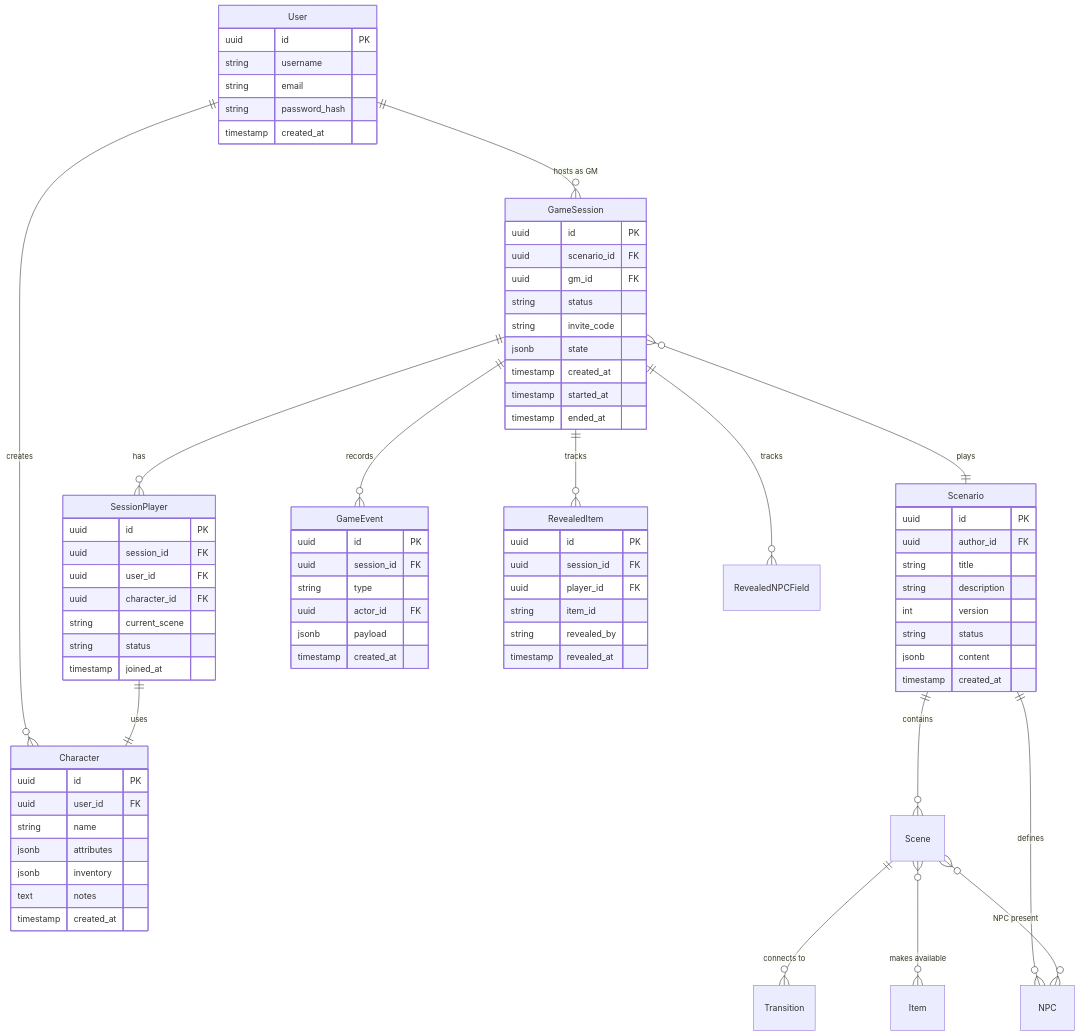
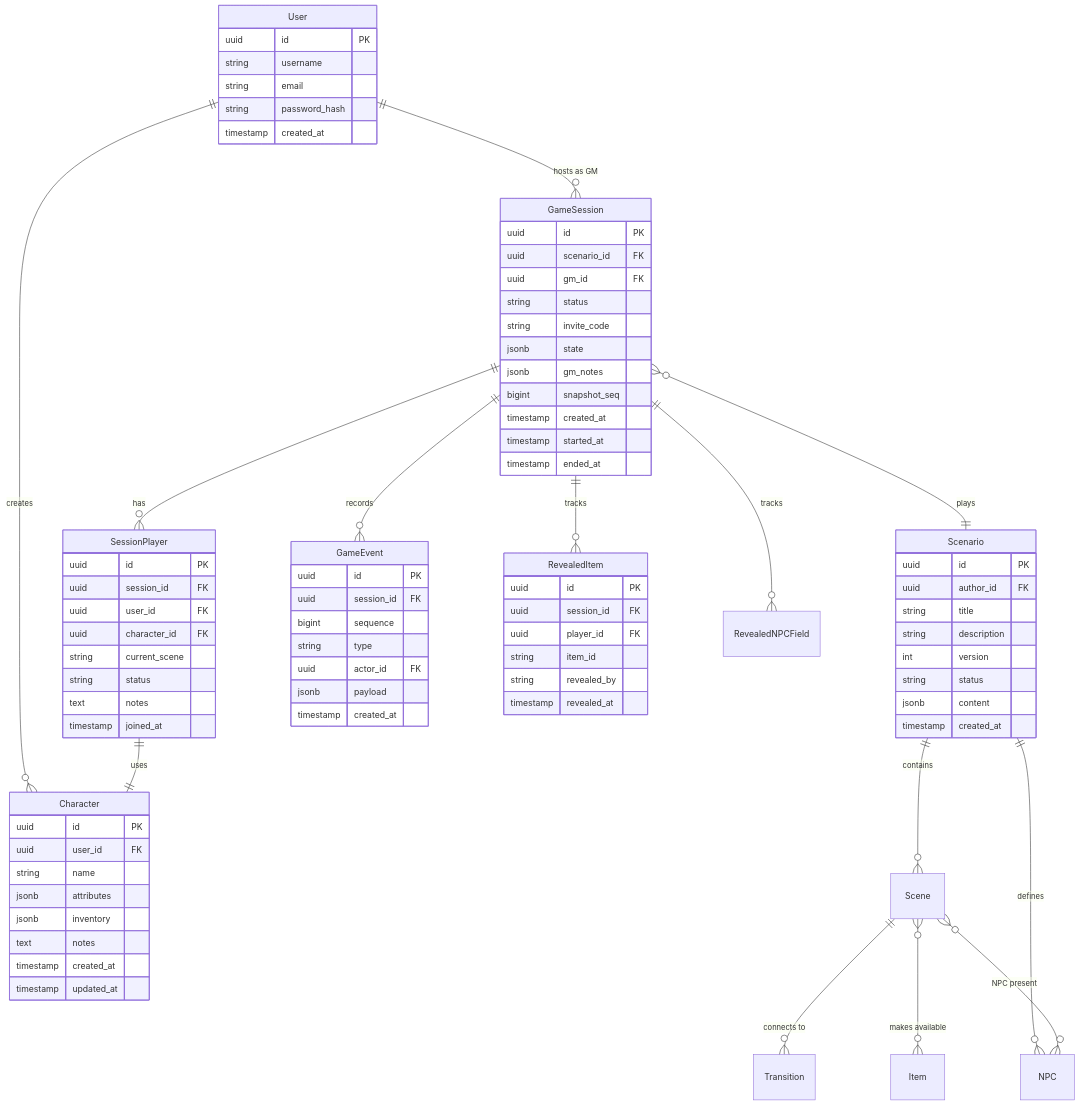
Before and after one commit to like19970403/TRPG-Simulation: the fourth of 5 diagrams in docs/architecture.md, drawn with Mermaid. The commit also changed other lines of this file and 66 other files, not shown here.

```diff
--- a/docs/architecture.md
+++ b/docs/architecture.md
@@ -191,6 +190,8 @@
         string status
         string invite_code
         jsonb state
+        jsonb gm_notes
+        bigint snapshot_seq
         timestamp created_at
         timestamp started_at
         timestamp ended_at
@@ -203,6 +204,7 @@
         uuid character_id FK
         string current_scene
         string status
+        text notes
         timestamp joined_at
     }
 
@@ -214,11 +216,13 @@
         jsonb inventory
         text notes
         timestamp created_at
+        timestamp updated_at
     }
 
     GameEvent {
         uuid id PK
         uuid session_id FK
+        bigint sequence
         string type
         uuid actor_id FK
         jsonb payload
```
